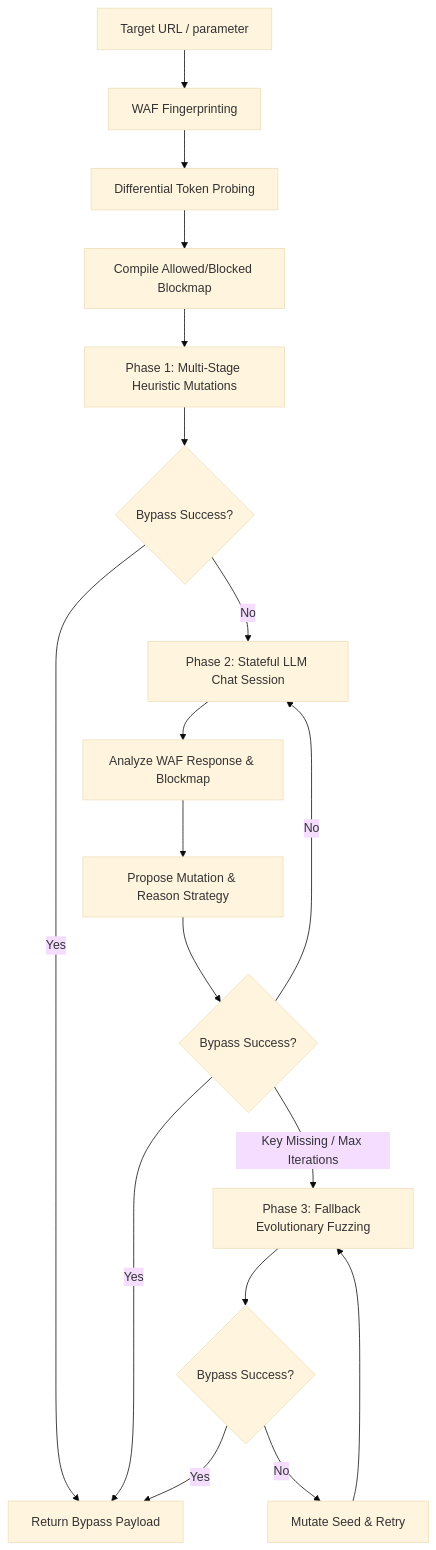
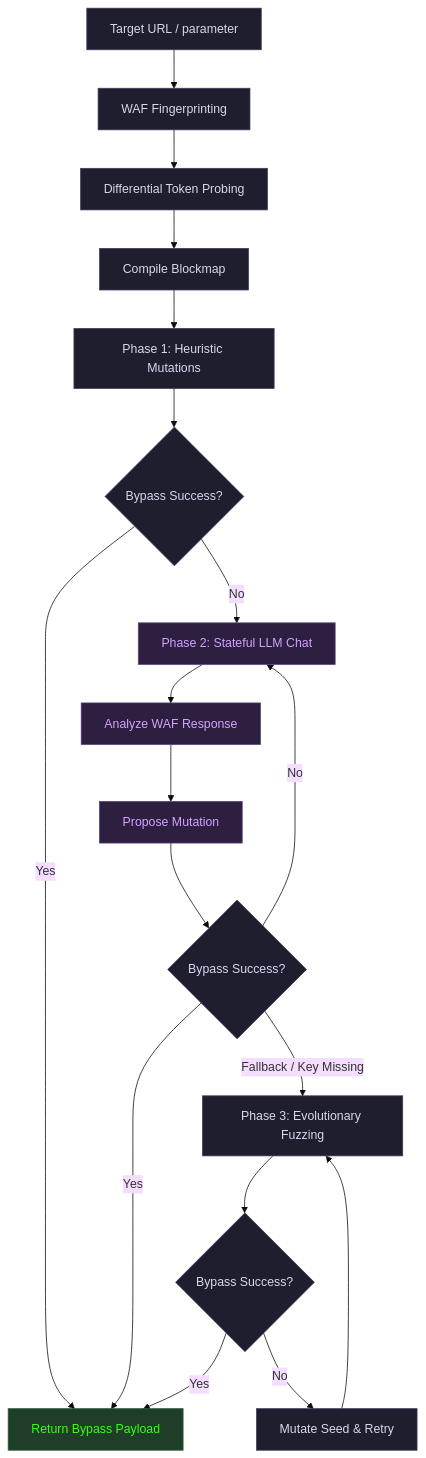
One commit to heyash13/WafGhost changed the diagram in README.md. Above: the diagram before and after it, drawn with Mermaid (base theme). The commit also changed other lines of this file, not shown here.

Commit message:
Redesign README.md with premium features and custom Mermaid styling

````diff
--- a/README.md
+++ b/README.md
@@ -34,20 +55,26 @@
 ```mermaid
 graph TD
+    classDef default fill:#1E1E2F,stroke:#3D3D5C,stroke-width:1px,color:#D7D7EF;
+    classDef success fill:#1E3E28,stroke:#2E5E3D,stroke-width:1px,color:#39FF14;
+    classDef highlight fill:#2D1F3F,stroke:#5A3F7F,stroke-width:1px,color:#D3A3FF;
+
     A[Target URL / parameter] --> B[WAF Fingerprinting]
     B --> C[Differential Token Probing]
-    C --> D[Compile Allowed/Blocked Blockmap]
-    D --> E[Phase 1: Multi-Stage Heuristic Mutations]
+    C --> D[Compile Blockmap]
+    D --> E[Phase 1: Heuristic Mutations]
     E --> F{Bypass Success?}
-    F -- Yes --> G[Return Bypass Payload]
-    F -- No --> H[Phase 2: Stateful LLM Chat Session]
-    H --> I[Analyze WAF Response & Blockmap]
-    I --> J[Propose Mutation & Reason Strategy]
+    
+    F -- Yes --> G[Return Bypass Payload]:::success
+    F -- No --> H[Phase 2: Stateful LLM Chat]:::highlight
+    H --> I[Analyze WAF Response]:::highlight
+    I --> J[Propose Mutation]:::highlight
     J --> K{Bypass Success?}
+    
     K -- Yes --> G
     K -- No --> H
-    K -- Key Missing / Max Iterations --> L[Phase 3: Fallback Evolutionary Fuzzing]
+    K -- Fallback / Key Missing --> L[Phase 3: Evolutionary Fuzzing]
     L --> M{Bypass Success?}
     M -- Yes --> G
     M -- No --> N[Mutate Seed & Retry]
     N --> L
 ```
````
